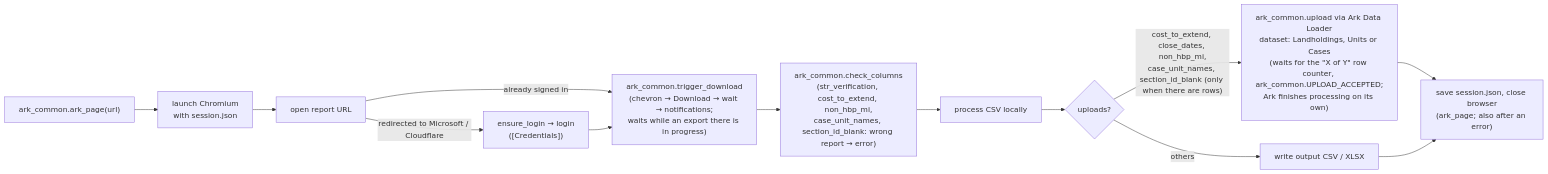
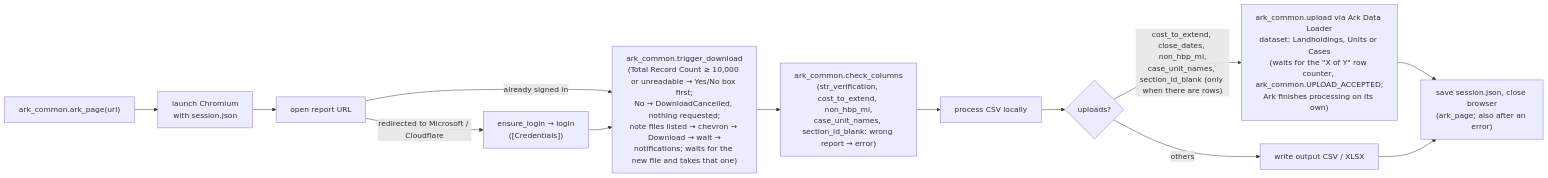
One commit to GMSthesecond/phx_cpp changed the third of 12 diagrams in docs/ARCHITECTURE.md. Above: the diagram before and after it, drawn with Mermaid. The commit also changed other lines of this file and 46 other files, not shown here.

````diff
--- a/docs/ARCHITECTURE.md
+++ b/docs/ARCHITECTURE.md
@@ -193,15 +206,15 @@
 ```mermaid
 flowchart LR
     A["ark_common.ark_page(url)"] --> B["launch Chromium<br/>with session.json"]
     B --> C[open report URL]
     C -->|redirected to Microsoft / Cloudflare| D["ensure_login → login<br/>([Credentials])"]
     C -->|already signed in| E
-    D --> E["ark_common.trigger_download<br/>(chevron → Download → wait → notifications;<br/>waits while an export there is in progress)"]
+    D --> E["ark_common.trigger_download<br/>(Total Record Count ≥ 10,000 or unreadable → Yes/No box first;<br/>No → DownloadCancelled, nothing requested;<br/>note files listed → chevron → Download → wait →<br/>notifications; waits for the new file and takes that one)"]
     E --> E2["ark_common.check_columns<br/>(str_verification, cost_to_extend, non_hbp_mi,<br/>case_unit_names, section_id_blank: wrong report → error)"]
     E2 --> F[process CSV locally]
     F --> G{uploads?}
     G -->|"cost_to_extend, close_dates, non_hbp_mi,<br/>case_unit_names, section_id_blank (only when there are rows)"| H["ark_common.upload via Ark Data Loader<br/>dataset: Landholdings, Units or Cases<br/>(waits for the &quot;X of Y&quot; row counter, ark_common.UPLOAD_ACCEPTED;<br/>Ark finishes processing on its own)"]
     G -->|others| I[write output CSV / XLSX]
     H --> J["save session.json, close browser<br/>(ark_page; also after an error)"]
     I --> J
 ```
````
